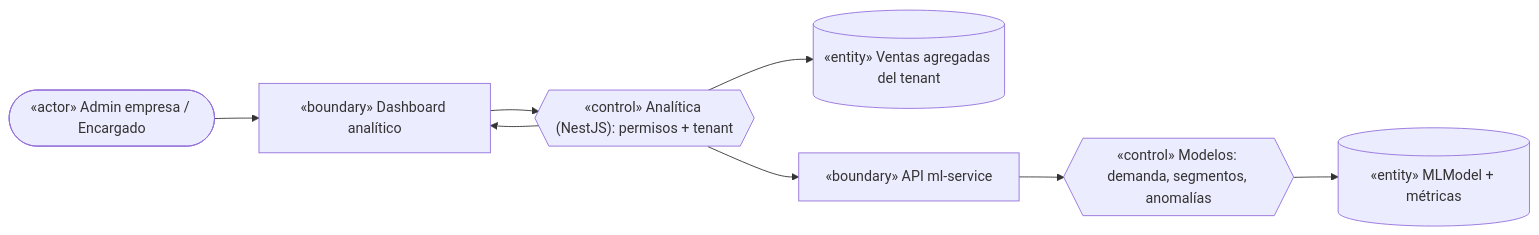
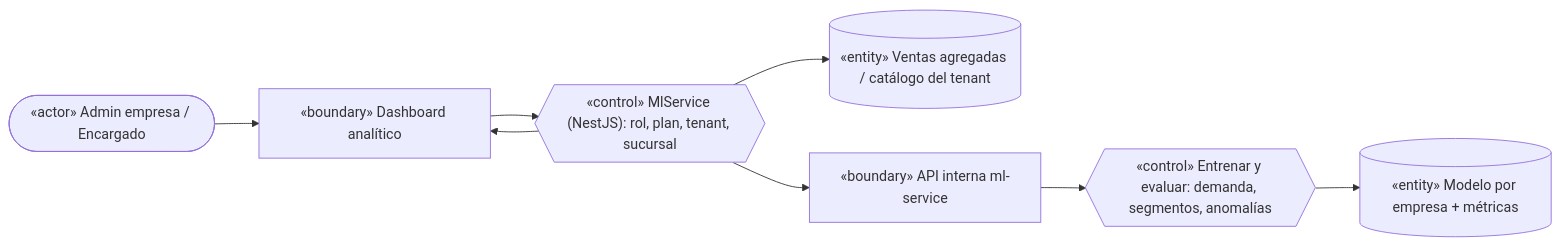
One commit to BrayanG123/parcial_actualizado changed the tenth of 26 diagrams in docs/ICONIX_Parcial2.md. Above: the diagram before and after it, drawn with Mermaid. The commit also changed other lines of this file and 1 other file, not shown here.

````diff
--- a/docs/ICONIX_Parcial2.md
+++ b/docs/ICONIX_Parcial2.md
@@ -417,10 +470,10 @@
 ```mermaid
 flowchart LR
   A(["«actor» Admin empresa / Encargado"]) --> B1["«boundary» Dashboard analítico"]
-  B1 --> C1{{"«control» Analítica (NestJS): permisos + tenant"}}
-  C1 --> E1[("«entity» Ventas agregadas del tenant")]
-  C1 --> B2["«boundary» API ml-service"]
-  B2 --> C2{{"«control» Modelos: demanda, segmentos, anomalías"}}
-  C2 --> E2[("«entity» MLModel + métricas")]
+  B1 --> C1{{"«control» MlService (NestJS): rol, plan, tenant, sucursal"}}
+  C1 --> E1[("«entity» Ventas agregadas / catálogo del tenant")]
+  C1 --> B2["«boundary» API interna ml-service"]
+  B2 --> C2{{"«control» Entrenar y evaluar: demanda, segmentos, anomalías"}}
+  C2 --> E2[("«entity» Modelo por empresa + métricas")]
   C1 --> B1
 ```
````
